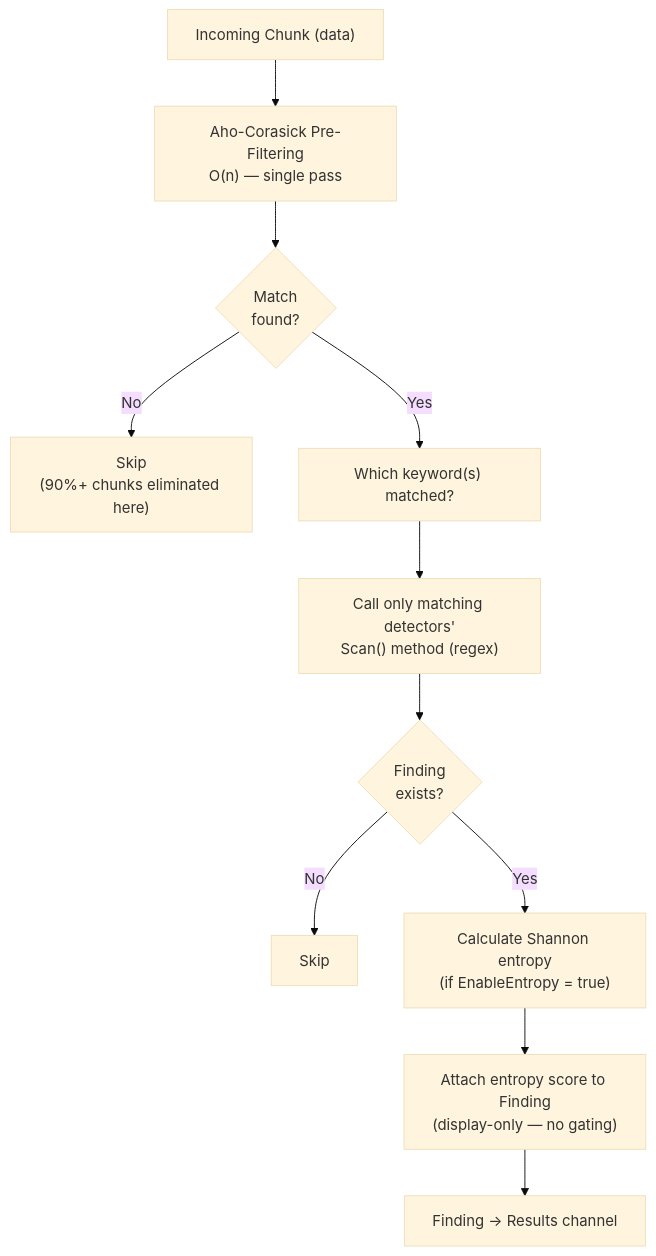
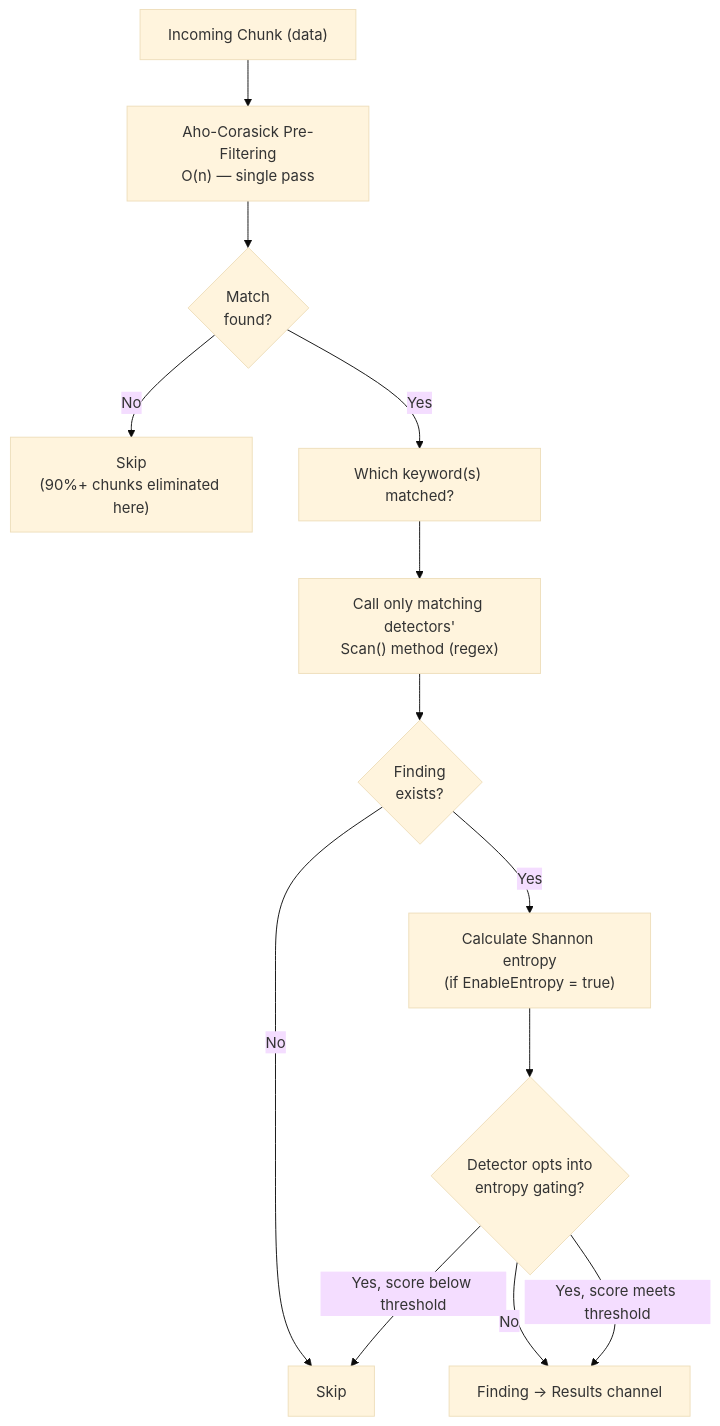
One commit to cemililik/Leakwatch changed the eighth of 8 diagrams in docs/architecture/03-ARCHITECTURE.md. Above: the diagram before and after it, drawn with Mermaid (base theme). The commit also changed other lines of this file and 38 other files, not shown here.

````diff
--- a/docs/architecture/03-ARCHITECTURE.md
+++ b/docs/architecture/03-ARCHITECTURE.md
@@ -621,13 +621,15 @@
 ```mermaid
 flowchart TD
     A["Incoming Chunk (data)"] --> B["Aho-Corasick Pre-Filtering\nO(n) — single pass"]
     B --> C{"Match\nfound?"}
     C -->|"No"| D["Skip\n(90%+ chunks eliminated here)"]
     C -->|"Yes"| E["Which keyword(s) matched?"]
     E --> F["Call only matching detectors'\nScan() method (regex)"]
     F --> G{"Finding\nexists?"}
     G -->|"No"| H[Skip]
     G -->|"Yes"| I["Calculate Shannon entropy\n(if EnableEntropy = true)"]
-    I --> J["Attach entropy score to Finding\n(display-only — no gating)"]
-    J --> K["Finding → Results channel"]
+    I --> J{"Detector opts into\nentropy gating?"}
+    J -->|"No"| K["Finding → Results channel"]
+    J -->|"Yes, score meets threshold"| K
+    J -->|"Yes, score below threshold"| H
 ```
````
